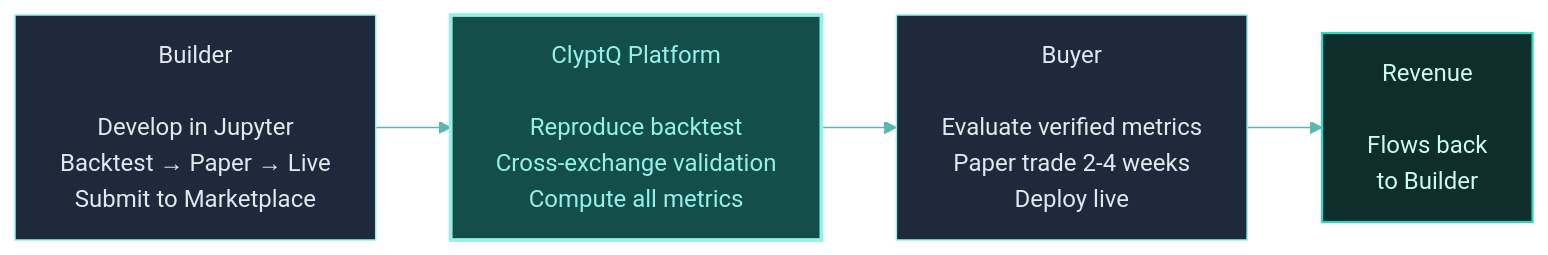
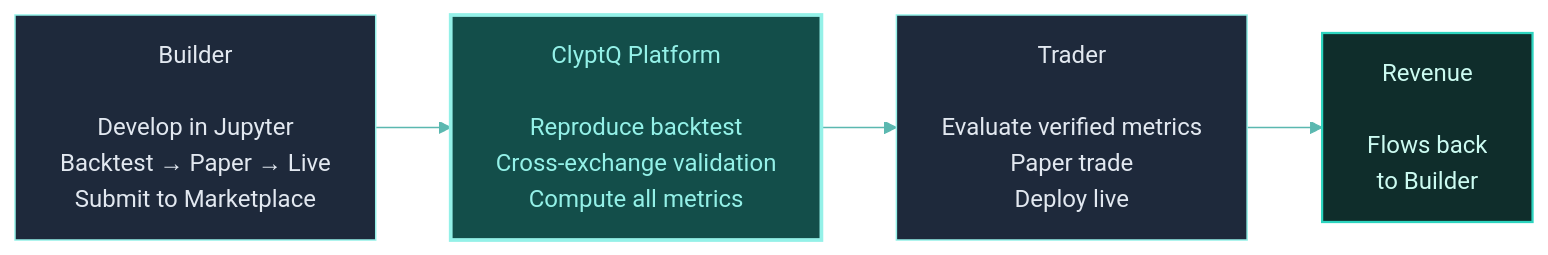
The first of 4 diagrams in getting-started/architecture-overview.mdx (Clypt/docs), drawn with Mermaid before and after one commit. The commit also changed other lines of this file and 43 other files, not shown here.

````diff
--- a/getting-started/architecture-overview.mdx
+++ b/getting-started/architecture-overview.mdx
@@ -10,14 +10,14 @@
 ```mermaid
 %%{init: {'theme': 'base', 'themeVariables': { 'primaryColor': '#1e293b', 'primaryTextColor': '#e2e8f0', 'primaryBorderColor': '#94F1E8', 'lineColor': '#5bb8b0', 'clusterBkg': '#0f172a', 'clusterBorder': '#1e3a3a', 'titleColor': '#94F1E8', 'edgeLabelBackground': 'transparent' }}}%%
 flowchart LR
     classDef highlight fill:#134e4a,stroke:#94F1E8,stroke-width:2.5px,color:#94F1E8
     classDef success fill:#0f2d2b,stroke:#2dd4bf,stroke-width:1.5px,color:#ccfbf1
     Builder["Builder<br><br>Develop in Jupyter<br>Backtest → Paper → Live<br>Submit to Marketplace"]
     Platform["ClyptQ Platform<br><br>Reproduce backtest<br>Cross-exchange validation<br>Compute all metrics"]
-    Buyer["Buyer<br><br>Evaluate verified metrics<br>Paper trade 2-4 weeks<br>Deploy live"]
+    Trader["Trader<br><br>Evaluate verified metrics<br>Paper trade<br>Deploy live"]
     Revenue["Revenue<br><br>Flows back<br>to Builder"]
 
-    Builder --> Platform --> Buyer --> Revenue
+    Builder --> Platform --> Trader --> Revenue
     class Platform highlight
     class Revenue success
 ```
````
